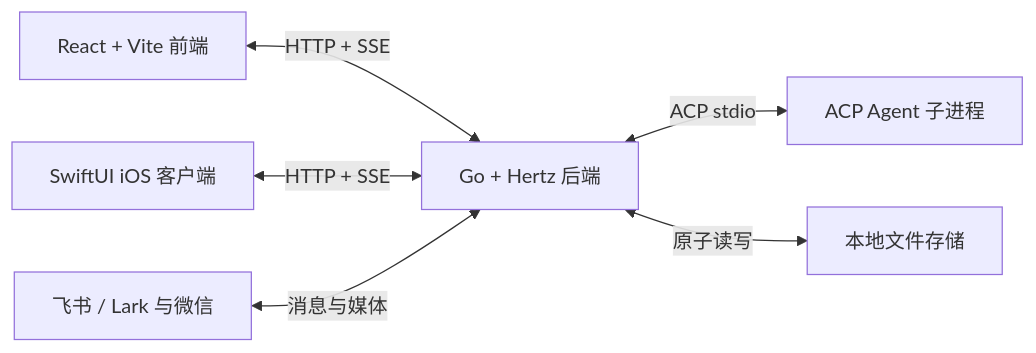
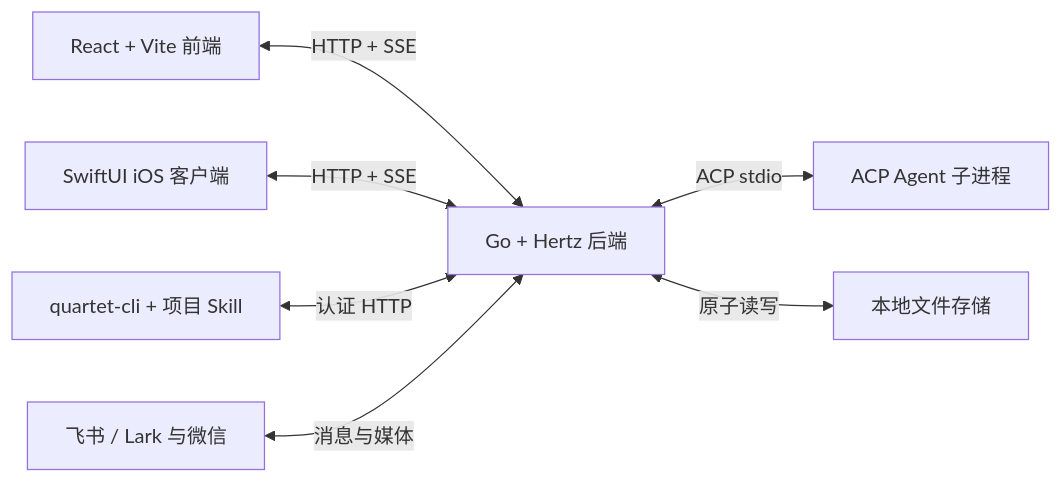
The diagram in README.zh-CN.md (fanlv/quartet), drawn with Mermaid before and after one commit. The commit also changed other lines of this file and 13 other files, not shown here.

````diff
--- a/README.zh-CN.md
+++ b/README.zh-CN.md
@@ -333,15 +357,17 @@
 ```mermaid
 flowchart LR
     UI["React + Vite 前端"]
     IOS["SwiftUI iOS 客户端"]
+    CLI["quartet-cli + 项目 Skill"]
     API["Go + Hertz 后端"]
     ACP["ACP Agent 子进程"]
     DATA["本地文件存储"]
     IM["飞书 / Lark 与微信"]
 
     UI <-->|HTTP + SSE| API
     IOS <-->|HTTP + SSE| API
+    CLI <-->|认证 HTTP| API
     API <-->|ACP stdio| ACP
     API <-->|原子读写| DATA
     IM <-->|消息与媒体| API
 ```
````
